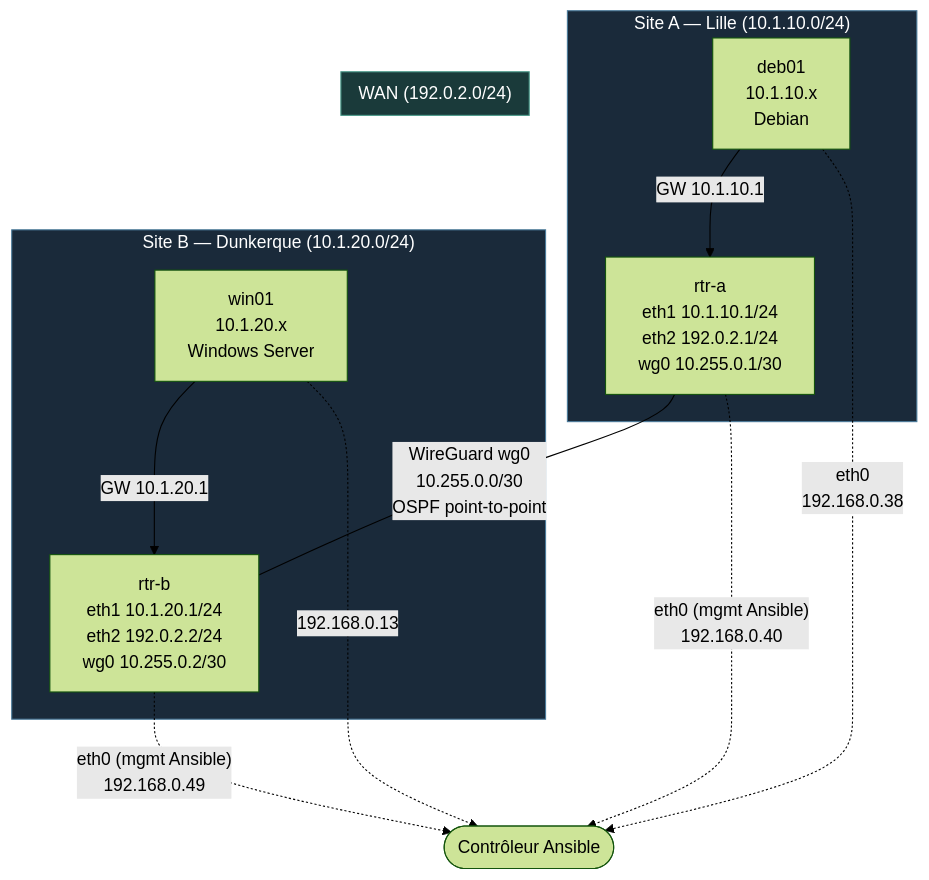
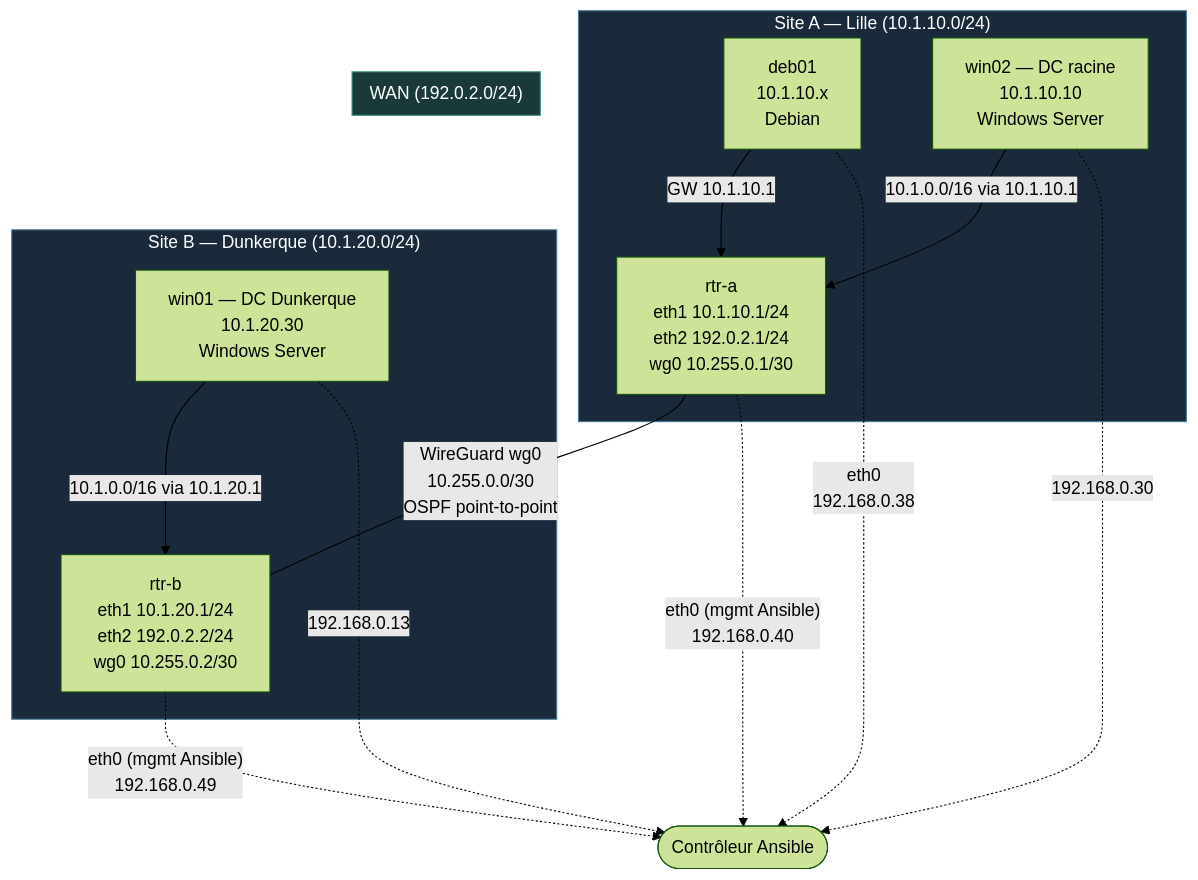
The diagram in ansible/README.md (maelsrs/b3-adminsys), drawn with Mermaid (forest theme) before and after one commit. The commit also changed other lines of this file and 18 other files, not shown here.

````diff
--- a/ansible/README.md
+++ b/ansible/README.md
@@ -8,30 +8,33 @@
 ```mermaid
 graph TD
   subgraph site_a["Site A — Lille (10.1.10.0/24)"]
     deb01["deb01\n10.1.10.x\nDebian"]
+    win02["win02 — DC racine\n10.1.10.10\nWindows Server"]
     rtr_a["rtr-a\neth1 10.1.10.1/24\neth2 192.0.2.1/24\nwg0 10.255.0.1/30"]
   end
 
   subgraph site_b["Site B — Dunkerque (10.1.20.0/24)"]
     rtr_b["rtr-b\neth1 10.1.20.1/24\neth2 192.0.2.2/24\nwg0 10.255.0.2/30"]
-    win01["win01\n10.1.20.x\nWindows Server"]
+    win01["win01 — DC Dunkerque\n10.1.20.30\nWindows Server"]
   end
 
   subgraph wan["WAN (192.0.2.0/24)"]
     rtr_a -- "WireGuard wg0\n10.255.0.0/30\nOSPF point-to-point" --- rtr_b
   end
 
   deb01 -->|"GW 10.1.10.1"| rtr_a
-  win01 -->|"GW 10.1.20.1"| rtr_b
+  win02 -->|"10.1.0.0/16 via 10.1.10.1"| rtr_a
+  win01 -->|"10.1.0.0/16 via 10.1.20.1"| rtr_b
 
   rtr_a -. "eth0 (mgmt Ansible)\n192.168.0.40" .-> ctrl
   rtr_b -. "eth0 (mgmt Ansible)\n192.168.0.49" .-> ctrl
   deb01 -. "eth0\n192.168.0.38" .-> ctrl
   win01 -. "192.168.0.13" .-> ctrl
+  win02 -. "192.168.0.30" .-> ctrl
 
   ctrl(["Contrôleur Ansible"])
 
   style wan fill:#1a3a3a,color:#fff,stroke:#4a9a8a
   style site_a fill:#1a2a3a,color:#fff,stroke:#4a7a9a
   style site_b fill:#1a2a3a,color:#fff,stroke:#4a7a9a
 ```
````
